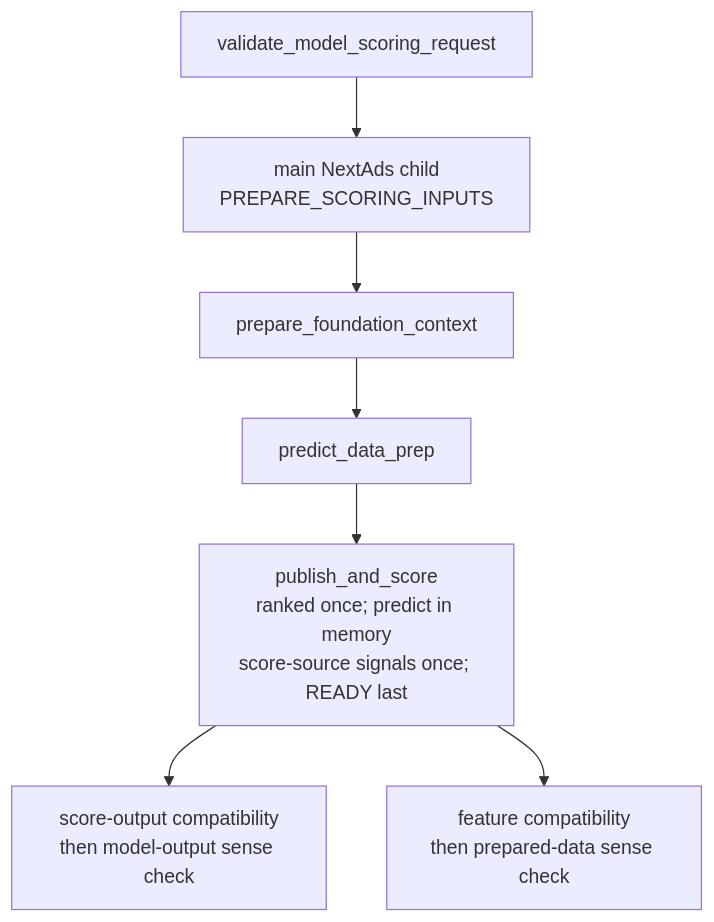
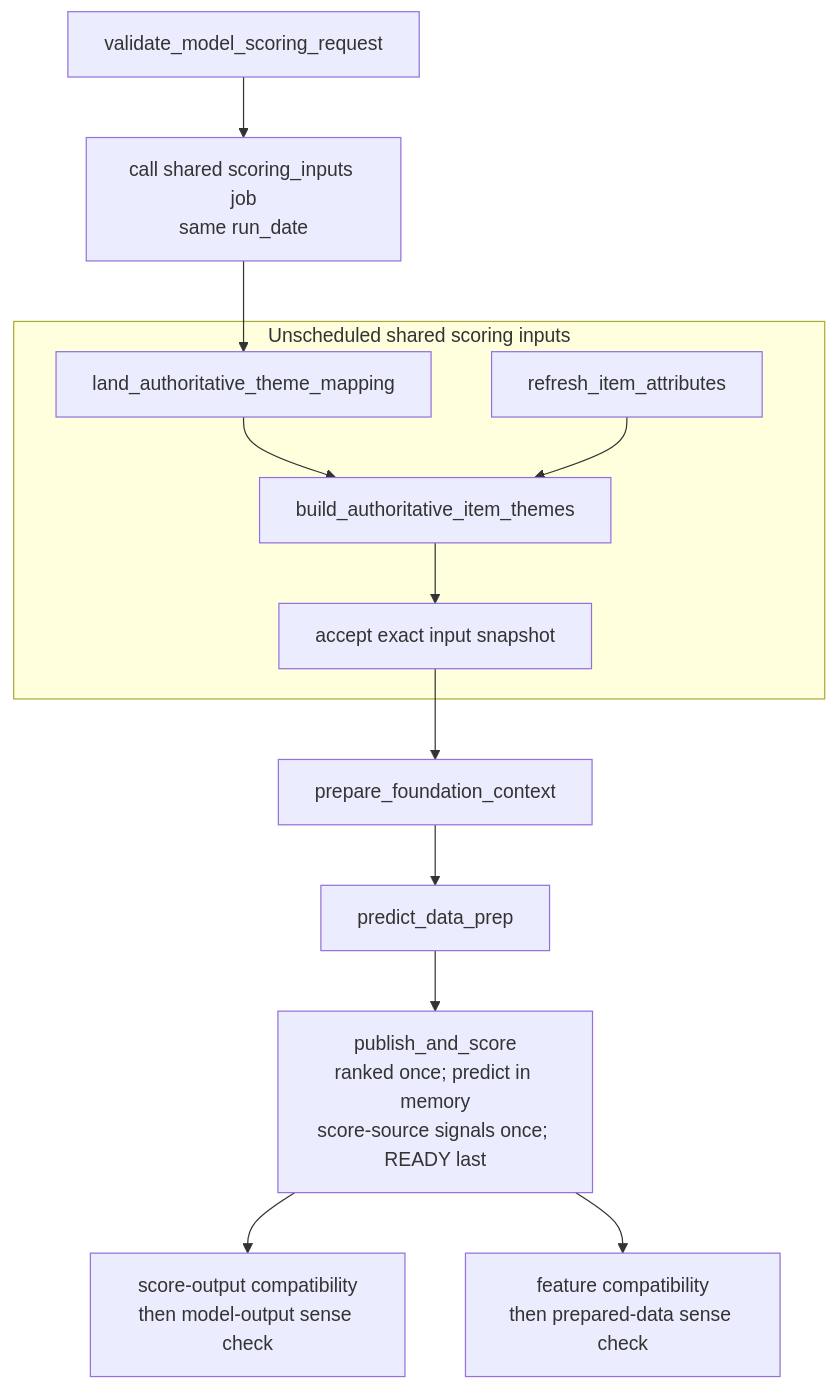
Before and after one commit to swblain-glyndwr/personal_project: the fifth of 8 diagrams in docs/CICD/nextads_databricks_runtime_map.md, drawn with Mermaid. The commit also changed other lines of this file and 18 other files, not shown here.

Commit message:
Separate shared scoring inputs from candidate build

````diff
--- a/docs/CICD/nextads_databricks_runtime_map.md
+++ b/docs/CICD/nextads_databricks_runtime_map.md
@@ -391,8 +391,14 @@
 ```mermaid
 flowchart TD
-  validate_model_scoring_request --> prepare_scoring_inputs["main NextAds child<br/>PREPARE_SCORING_INPUTS"]
-  prepare_scoring_inputs --> prepare_foundation_context --> predict_data_prep
+  validate_model_scoring_request --> prepare_scoring_inputs["call shared scoring_inputs job<br/>same run_date"]
+  subgraph shared_inputs["Unscheduled shared scoring inputs"]
+    land_authoritative_theme_mapping --> build_authoritative_item_themes
+    refresh_item_attributes --> build_authoritative_item_themes
+    build_authoritative_item_themes --> accept_scoring_inputs["accept exact input snapshot"]
+  end
+  prepare_scoring_inputs --> land_authoritative_theme_mapping
+  accept_scoring_inputs --> prepare_foundation_context --> predict_data_prep
   predict_data_prep --> publish_and_score["publish_and_score<br/>ranked once; predict in memory<br/>score-source signals once; READY last"]
   publish_and_score --> provider_compatibility["score-output compatibility<br/>then model-output sense check"]
   publish_and_score --> feature_compatibility["feature compatibility<br/>then prepared-data sense check"]
 ```
````
